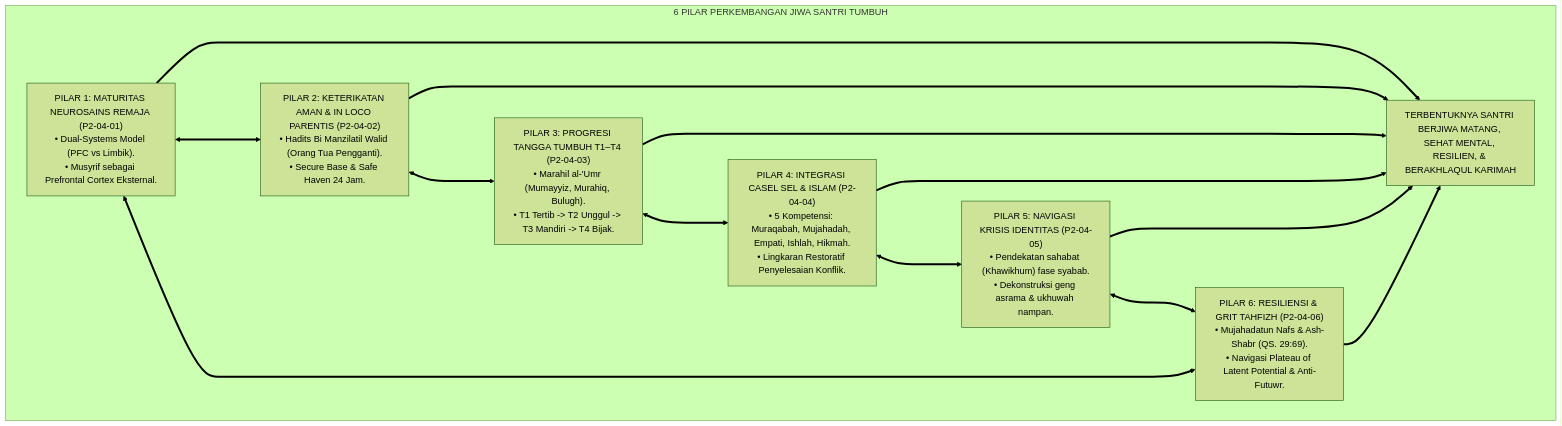
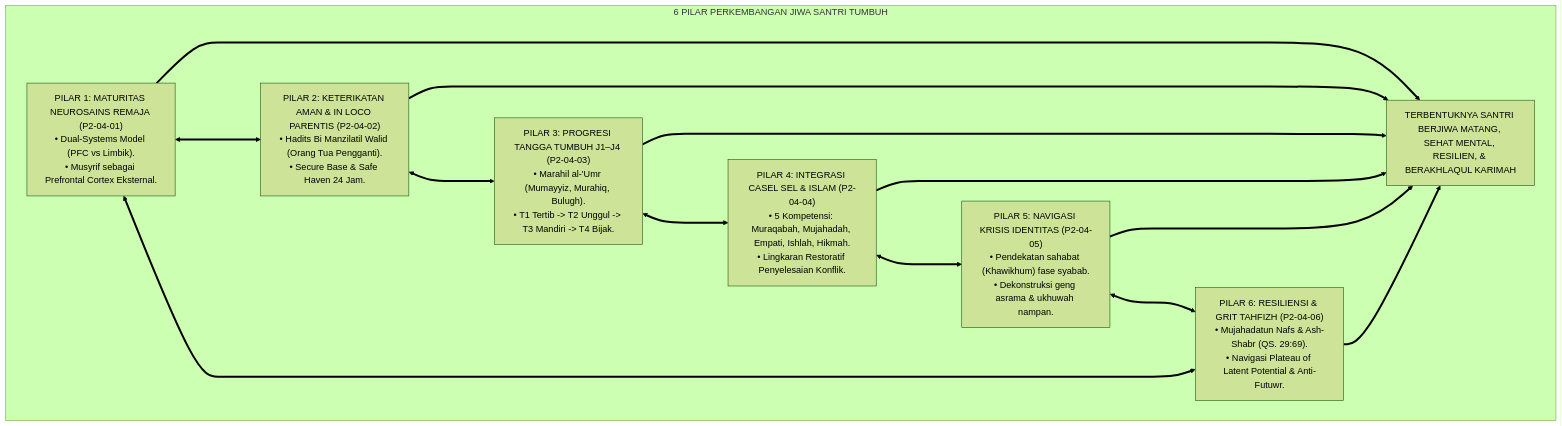
Before and after one commit to wandiapriliyandi/tumbuh: the first of 4 diagrams in 02 Principles/04 Development Principles/P2-04-07-Sintesis-Development-Principles-TUMBUH.md, drawn with Mermaid (forest theme). The commit also changed other lines of this file and 209 other files, not shown here.

````diff
--- a/02 Principles/04 Development Principles/P2-04-07-Sintesis-Development-Principles-TUMBUH.md
+++ b/02 Principles/04 Development Principles/P2-04-07-Sintesis-Development-Principles-TUMBUH.md
@@ -57,27 +57,27 @@
 ```mermaid
 flowchart TD
     subgraph ArsitekturSintesisDevelopmentPrinciples["6 PILAR PERKEMBANGAN JIWA SANTRI TUMBUH"]
         P1["PILAR 1: MATURITAS NEUROSAINS REMAJA (P2-04-01)<br/>• Dual-Systems Model (PFC vs Limbik).<br/>• Musyrif sebagai Prefrontal Cortex Eksternal."]
         
         P2["PILAR 2: KETERIKATAN AMAN & IN LOCO PARENTIS (P2-04-02)<br/>• Hadits Bi Manzilatil Walid (Orang Tua Pengganti).<br/>• Secure Base & Safe Haven 24 Jam."]
         
-        P3["PILAR 3: PROGRESI TANGGA TUMBUH T1–T4 (P2-04-03)<br/>• Marahil al-'Umr (Mumayyiz, Murahiq, Bulugh).<br/>• T1 Tertib -> T2 Unggul -> T3 Mandiri -> T4 Bijak."]
+        P3["PILAR 3: PROGRESI TANGGA TUMBUH J1–J4 (P2-04-03)<br/>• Marahil al-'Umr (Mumayyiz, Murahiq, Bulugh).<br/>• T1 Tertib -> T2 Unggul -> T3 Mandiri -> T4 Bijak."]
         
         P4["PILAR 4: INTEGRASI CASEL SEL & ISLAM (P2-04-04)<br/>• 5 Kompetensi: Muraqabah, Mujahadah, Empati, Ishlah, Hikmah.<br/>• Lingkaran Restoratif Penyelesaian Konflik."]
         
         P5["PILAR 5: NAVIGASI KRISIS IDENTITAS (P2-04-05)<br/>• Pendekatan sahabat (Khawikhum) fase syabab.<br/>• Dekonstruksi geng asrama & ukhuwah nampan."]
         
         P6["PILAR 6: RESILIENSI & GRIT TAHFIZH (P2-04-06)<br/>• Mujahadatun Nafs & Ash-Shabr (QS. 29:69).<br/>• Navigasi Plateau of Latent Potential & Anti-Futuwr."]
         
         P1 <===> P2
         P2 <===> P3
         P3 <===> P4
         P4 <===> P5
         P5 <===> P6
         P6 <===> P1
         
         Pusat["TERBENTUKNYA SANTRI BERJIWA MATANG, SEHAT MENTAL, RESILIEN, & BERAKHLAQUL KARIMAH"]
         
         P1 & P2 & P3 & P4 & P5 & P6 ==> Pusat
     end
 ```
````
